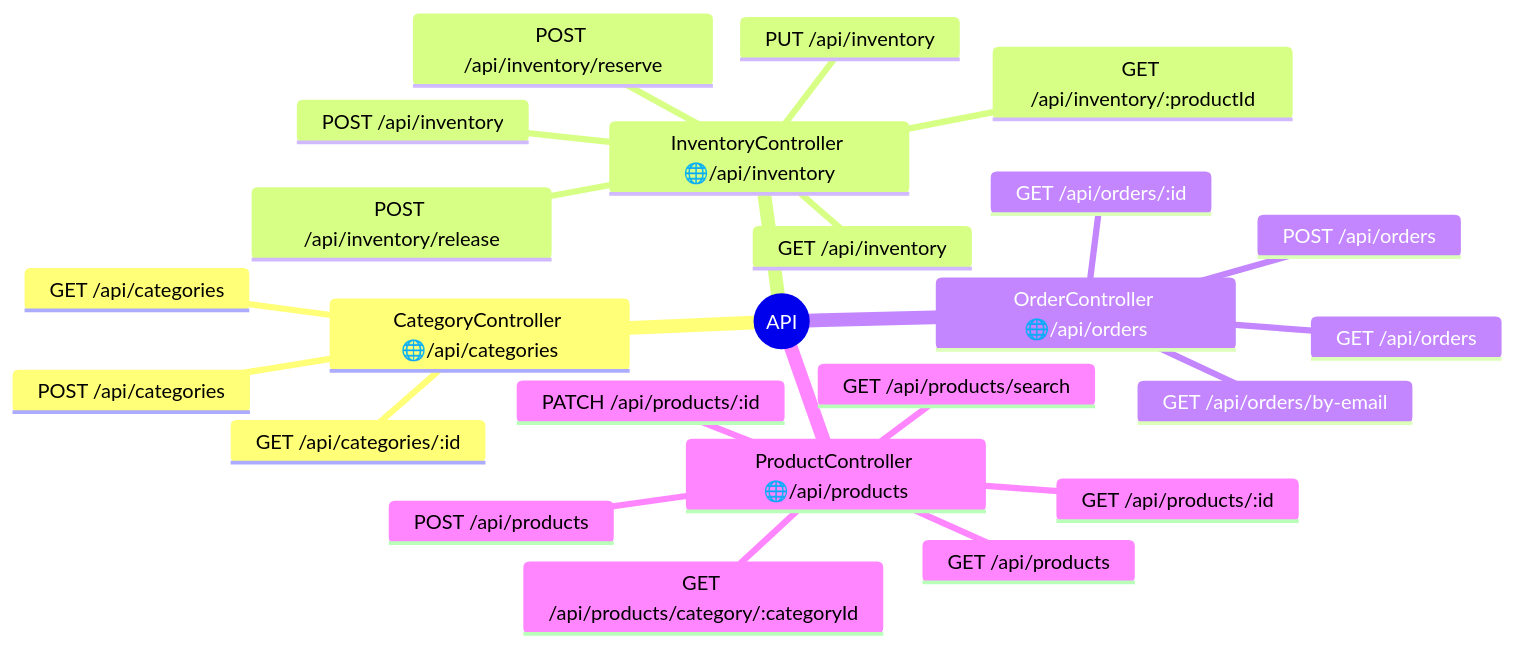
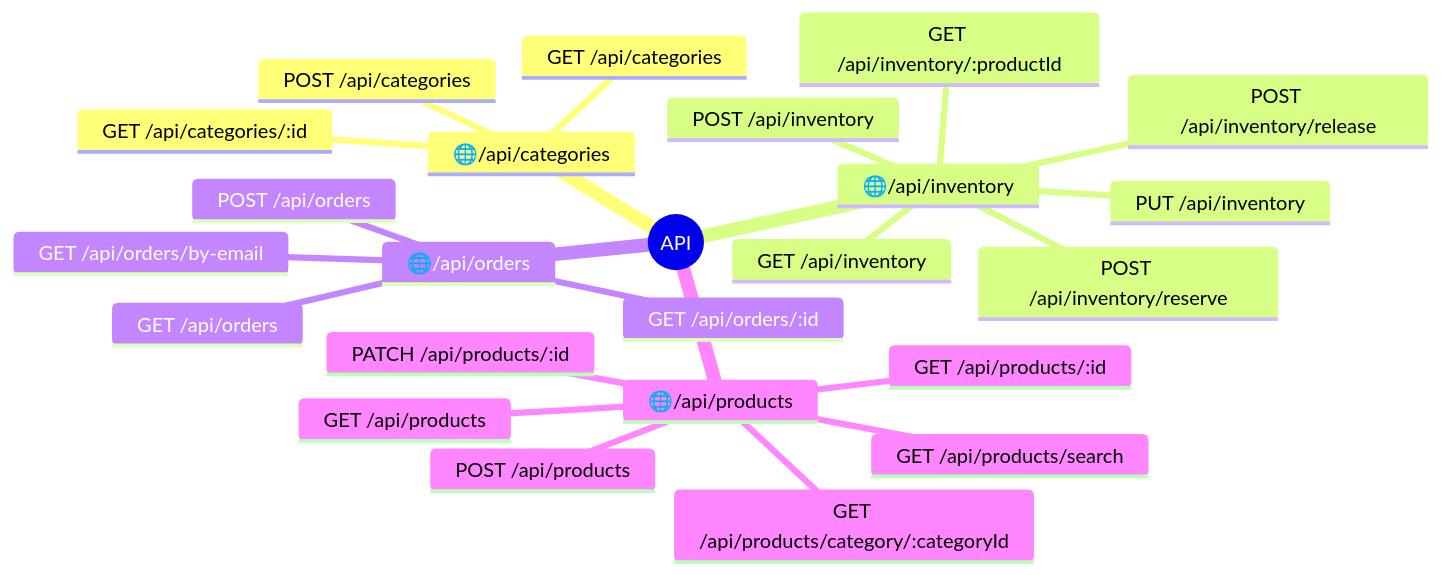
The first of 2 diagrams in README.md (AleksOBM/plus-smart-home-tech), drawn with Mermaid before and after one commit.

Commit message:
README.md

````diff
--- a/README.md
+++ b/README.md
@@ -23,27 +23,27 @@
 ```mermaid
 mindmap
   root((API))
-    CategoryController 🌐/api/categories
+    🌐/api/categories
         GET /api/categories
         GET /api/categories/:id
         POST /api/categories
-    InventoryController 🌐/api/inventory
+    🌐/api/inventory
         GET /api/inventory
         GET /api/inventory/:productId
         POST /api/inventory
         POST /api/inventory/reserve
         POST /api/inventory/release
         PUT /api/inventory
-    OrderController 🌐/api/orders
+    🌐/api/orders
         GET /api/orders
         GET /api/orders/:id
         GET /api/orders/by-email
         POST /api/orders
-    ProductController 🌐/api/products
+    🌐/api/products
         GET /api/products
         GET /api/products/:id
         GET /api/products/category/:categoryId
         GET /api/products/search
         PATCH /api/products/:id
         POST /api/products
 ```
````
